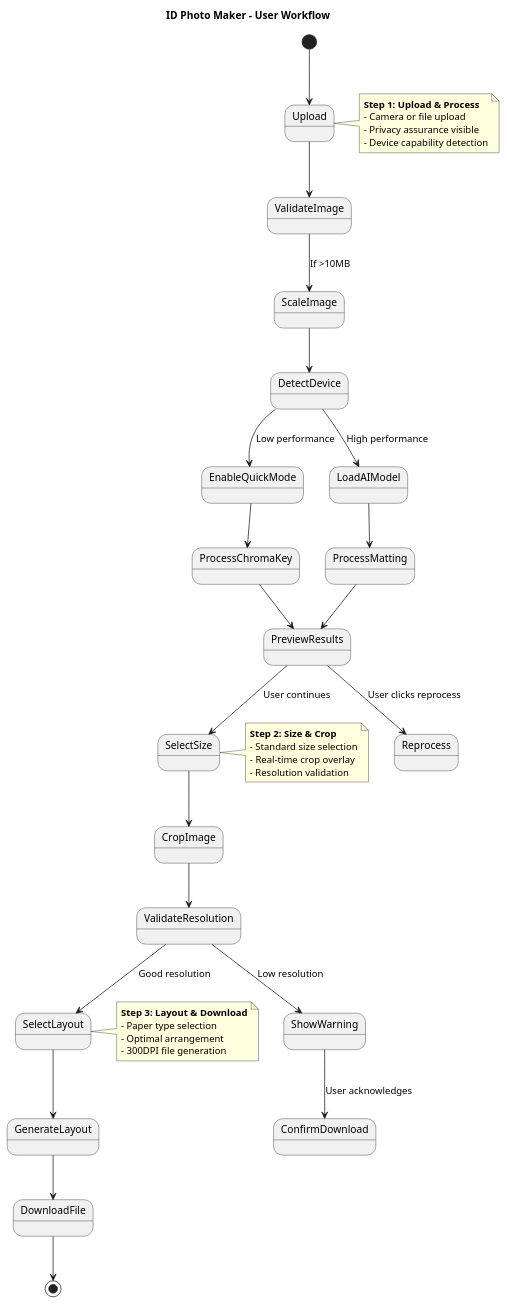
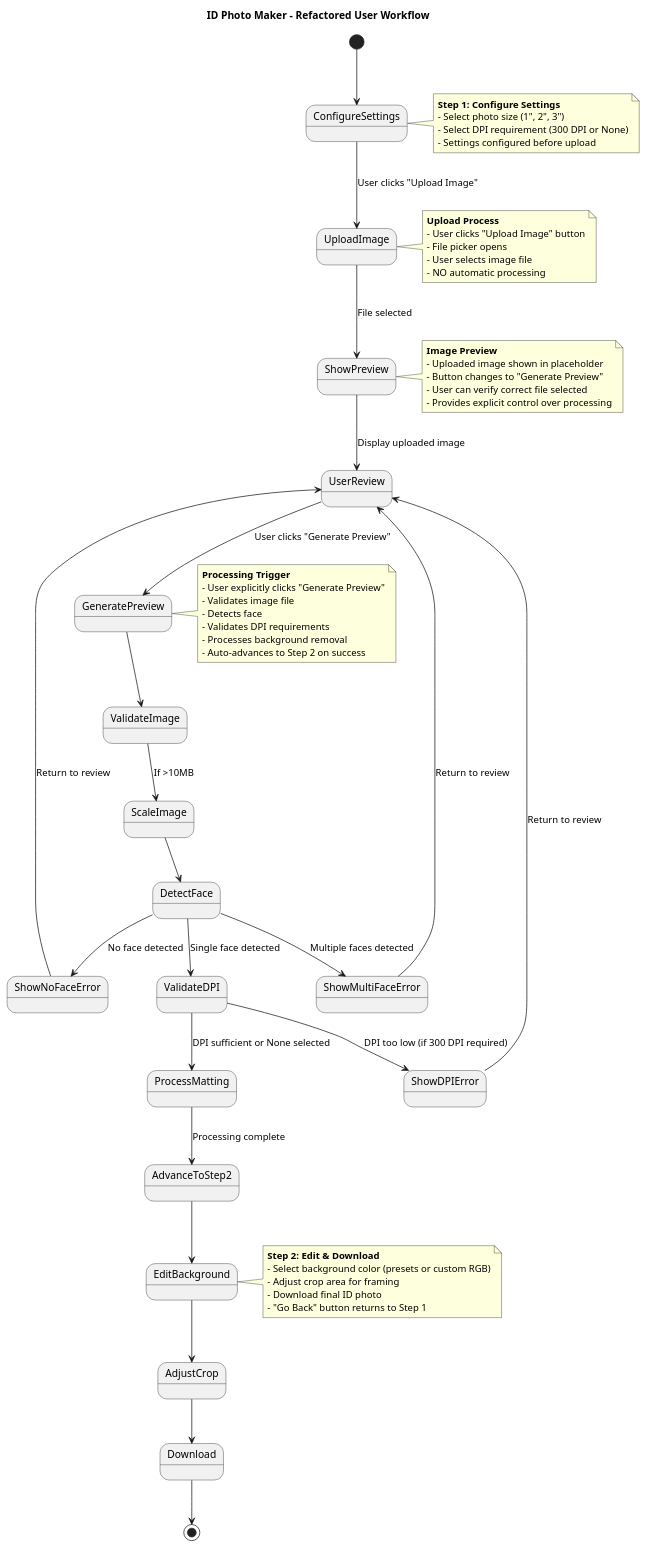
The fourth of 7 diagrams in docs/architecture.md (sjmyuan/id-photo-maker), drawn with PlantUML before and after one commit. The commit also changed other lines of this file and 3 other files, not shown here.

Commit message:
add image placeholder

````diff
--- a/docs/architecture.md
+++ b/docs/architecture.md
@@ -156,48 +156,69 @@
 ```plantuml
 @startuml
-title ID Photo Maker - User Workflow
+title ID Photo Maker - Refactored User Workflow
 
-[*] --> Upload
-Upload --> ValidateImage
+[*] --> ConfigureSettings
+ConfigureSettings --> UploadImage : User clicks "Upload Image"
+UploadImage --> ShowPreview : File selected
+ShowPreview --> UserReview : Display uploaded image
+UserReview --> GeneratePreview : User clicks "Generate Preview"
+GeneratePreview --> ValidateImage
 ValidateImage --> ScaleImage : If >10MB
-ScaleImage --> DetectDevice
-DetectDevice --> EnableQuickMode : Low performance
-DetectDevice --> LoadAIModel : High performance
-LoadAIModel --> ProcessMatting
-EnableQuickMode --> ProcessChromaKey
-ProcessMatting --> PreviewResults
-ProcessChromaKey --> PreviewResults
-PreviewResults --> Reprocess : User clicks reprocess
-PreviewResults --> SelectSize : User continues
-SelectSize --> CropImage
-CropImage --> ValidateResolution
-ValidateResolution --> ShowWarning : Low resolution
-ValidateResolution --> SelectLayout : Good resolution
-ShowWarning --> ConfirmDownload : User acknowledges
-SelectLayout --> GenerateLayout
-GenerateLayout --> DownloadFile
-DownloadFile --> [*]
+ScaleImage --> DetectFace
+DetectFace --> ShowNoFaceError : No face detected
+DetectFace --> ShowMultiFaceError : Multiple faces detected
+DetectFace --> ValidateDPI : Single face detected
+ValidateDPI --> ShowDPIError : DPI too low (if 300 DPI required)
+ValidateDPI --> ProcessMatting : DPI sufficient or None selected
+ProcessMatting --> AdvanceToStep2 : Processing complete
+AdvanceToStep2 --> EditBackground
+EditBackground --> AdjustCrop
+AdjustCrop --> Download
+Download --> [*]
+ShowNoFaceError --> UserReview : Return to review
+ShowMultiFaceError --> UserReview : Return to review
+ShowDPIError --> UserReview : Return to review
 
-note right of Upload
-  **Step 1: Upload & Process**
-  - Camera or file upload
-  - Privacy assurance visible
-  - Device capability detection
+note right of ConfigureSettings
+  **Step 1: Configure Settings**
+  - Select photo size (1", 2", 3")
+  - Select DPI requirement (300 DPI or None)
+  - Settings configured before upload
 end note
 
-note right of SelectSize
-  **Step 2: Size & Crop**
-  - Standard size selection
-  - Real-time crop overlay
-  - Resolution validation
+note right of UploadImage
+  **Upload Process**
+  - User clicks "Upload Image" button
+  - File picker opens
+  - User selects image file
+  - NO automatic processing
 end note
 
-note right of SelectLayout
-  **Step 3: Layout & Download**
-  - Paper type selection
-  - Optimal arrangement
-  - 300DPI file generation
+note right of ShowPreview
+  **Image Preview**
+  - Uploaded image shown in placeholder
+  - Button changes to "Generate Preview"
+  - User can verify correct file selected
+  - Provides explicit control over processing
+end note
+
+note right of GeneratePreview
+  **Processing Trigger**
+  - User explicitly clicks "Generate Preview"
+  - Validates image file
+  - Detects face
+  - Validates DPI requirements
+  - Processes background removal
+  - Auto-advances to Step 2 on success
+end note
+
+note right of EditBackground
+  **Step 2: Edit & Download**
+  - Select background color (presets or custom RGB)
+  - Adjust crop area for framing
+  - Download final ID photo
+  - "Go Back" button returns to Step 1
 end note
 
 @enduml
 ```
````
